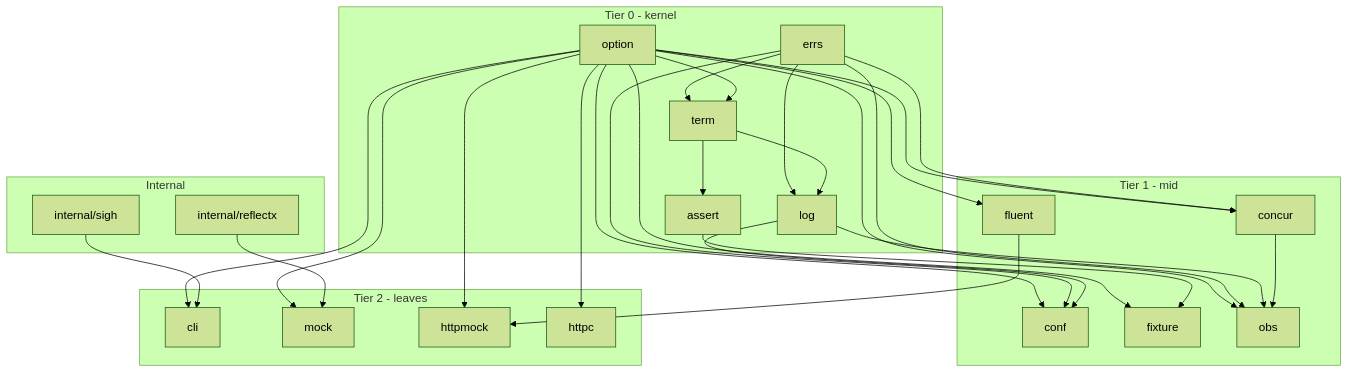
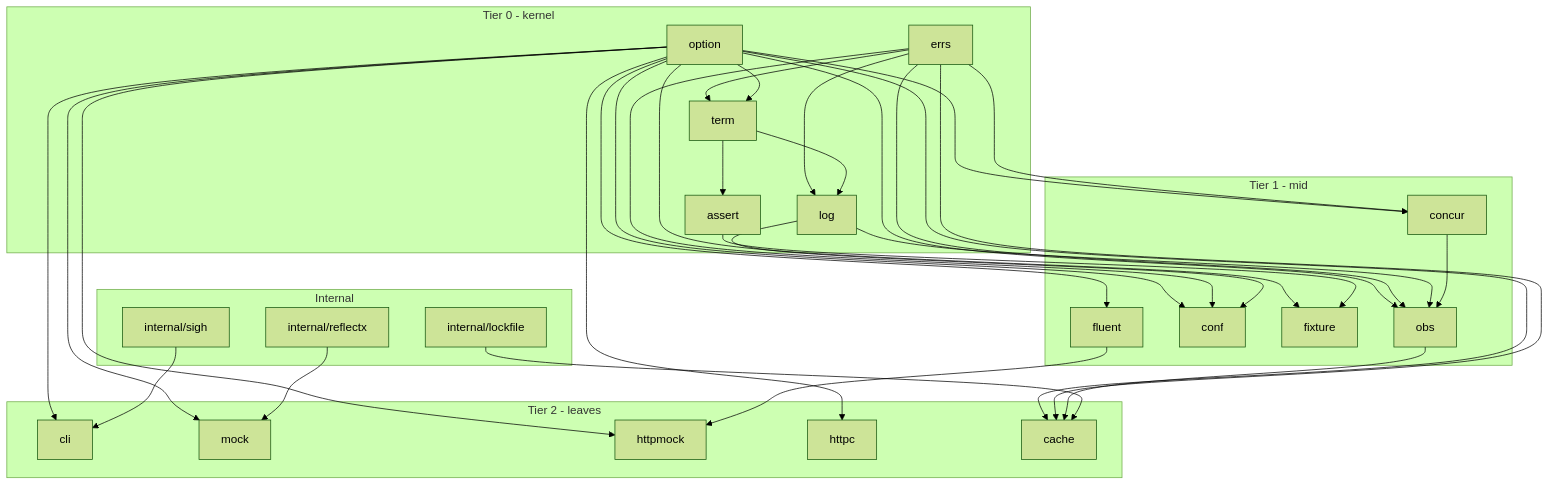
Before and after one commit to nathanbrophy/glacier: the diagram in site/concepts.md, drawn with Mermaid (forest theme). The commit also changed other lines of this file and 64 other files, not shown here.

````diff
--- a/site/concepts.md
+++ b/site/concepts.md
@@ -12,52 +12,58 @@
 ```mermaid
 flowchart TB
     subgraph T0[Tier 0 - kernel]
         option
         errs
         log
         assert
         term
     end
     subgraph T1[Tier 1 - mid]
         concur
         fluent
         conf
         fixture
         obs
     end
     subgraph T2[Tier 2 - leaves]
         cli
         mock
         httpmock
         httpc
+        cache
     end
     subgraph INT[Internal]
         sigh[internal/sigh]
         reflectx[internal/reflectx]
+        lockfile[internal/lockfile]
     end
 
     errs --> log
     errs --> term
     option --> concur
     option --> fluent
     option --> conf
     option --> fixture
     option --> cli
     option --> mock
     option --> httpmock
     option --> httpc
     option --> obs
     option --> term
+    option --> cache
     errs --> concur
     errs --> conf
     errs --> obs
+    errs --> cache
     log  --> conf
     log  --> obs
     term --> log
     term --> assert
     assert --> fixture
     concur --> obs
     fluent --> httpmock
+    obs --> cache
     sigh --> cli
     reflectx --> mock
+    lockfile --> cache
 ```
````
